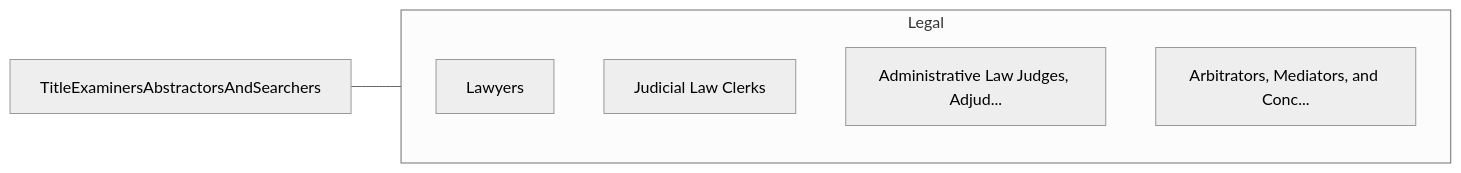
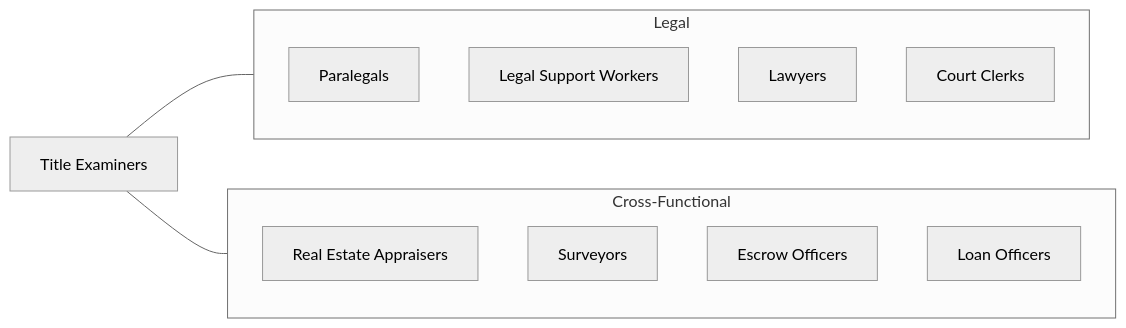
Before and after one commit to kziemski/business.org.ai: the fourth of 4 diagrams in occupations/Legal/TitleExaminersAbstractorsAndSearchers.mdx, drawn with Mermaid (neutral theme). The commit also changed other lines of this file and 938 other files, not shown here.

````diff
--- a/occupations/Legal/TitleExaminersAbstractorsAndSearchers.mdx
+++ b/occupations/Legal/TitleExaminersAbstractorsAndSearchers.mdx
@@ -124,13 +202,21 @@
 ```mermaid
 graph LR
-    Current["TitleExaminersAbstractorsAndSearchers"]
+    Current["Title Examiners"]
 
     subgraph SameCategory["Legal"]
+        Paralegals["Paralegals"]
+        LegalSupportWorkers["Legal Support Workers"]
         Lawyers["Lawyers"]
-        JudicialLawClerks["Judicial Law Clerks"]
-        AdministrativeLawJud["Administrative Law Judges, Adjud..."]
-        ArbitratorsMediators["Arbitrators, Mediators, and Conc..."]
+        CourtClerks["Court Clerks"]
+    end
+
+    subgraph CrossFunctional["Cross-Functional"]
+        Appraisers["Real Estate Appraisers"]
+        Surveyors["Surveyors"]
+        EscrowAgents["Escrow Officers"]
+        LoanOfficers["Loan Officers"]
     end
 
     Current --- SameCategory
+    Current --- CrossFunctional
 ```
````
